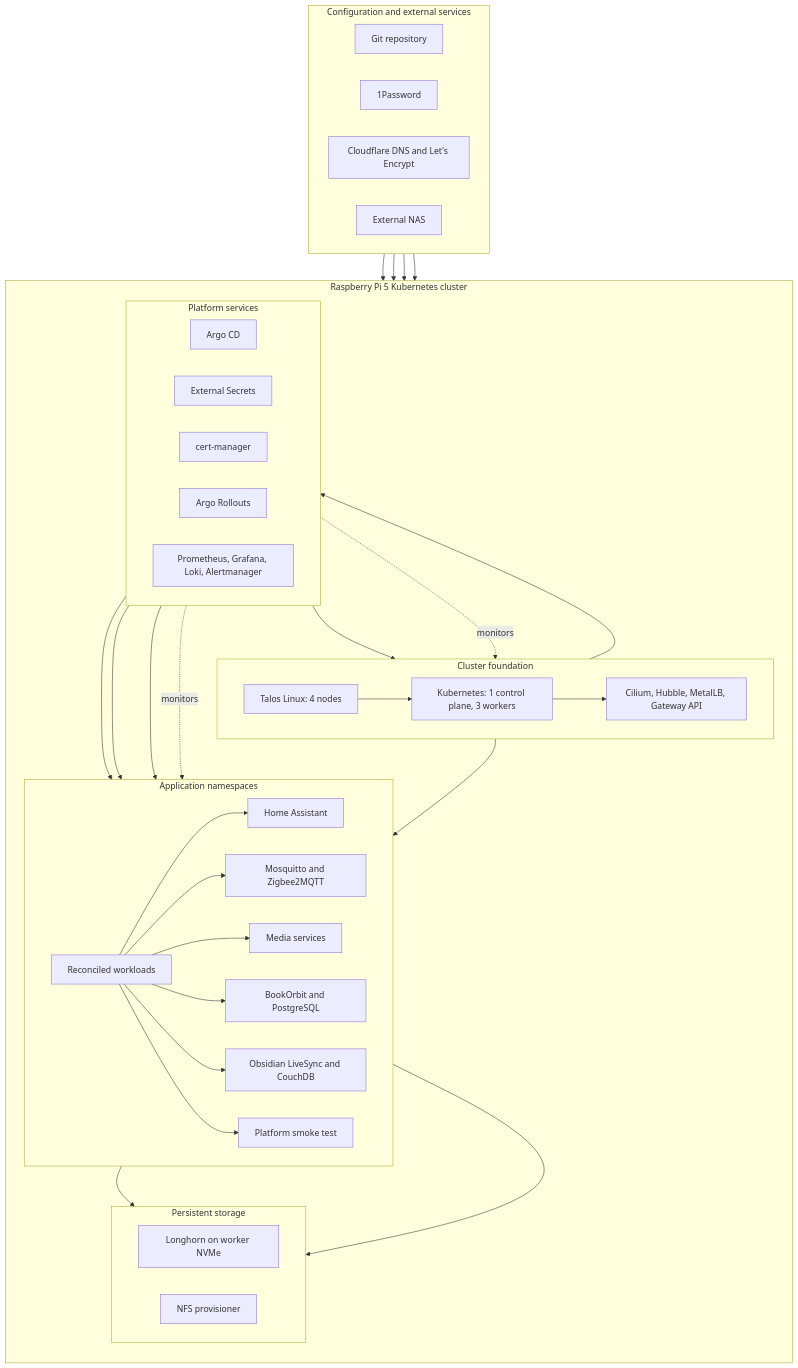
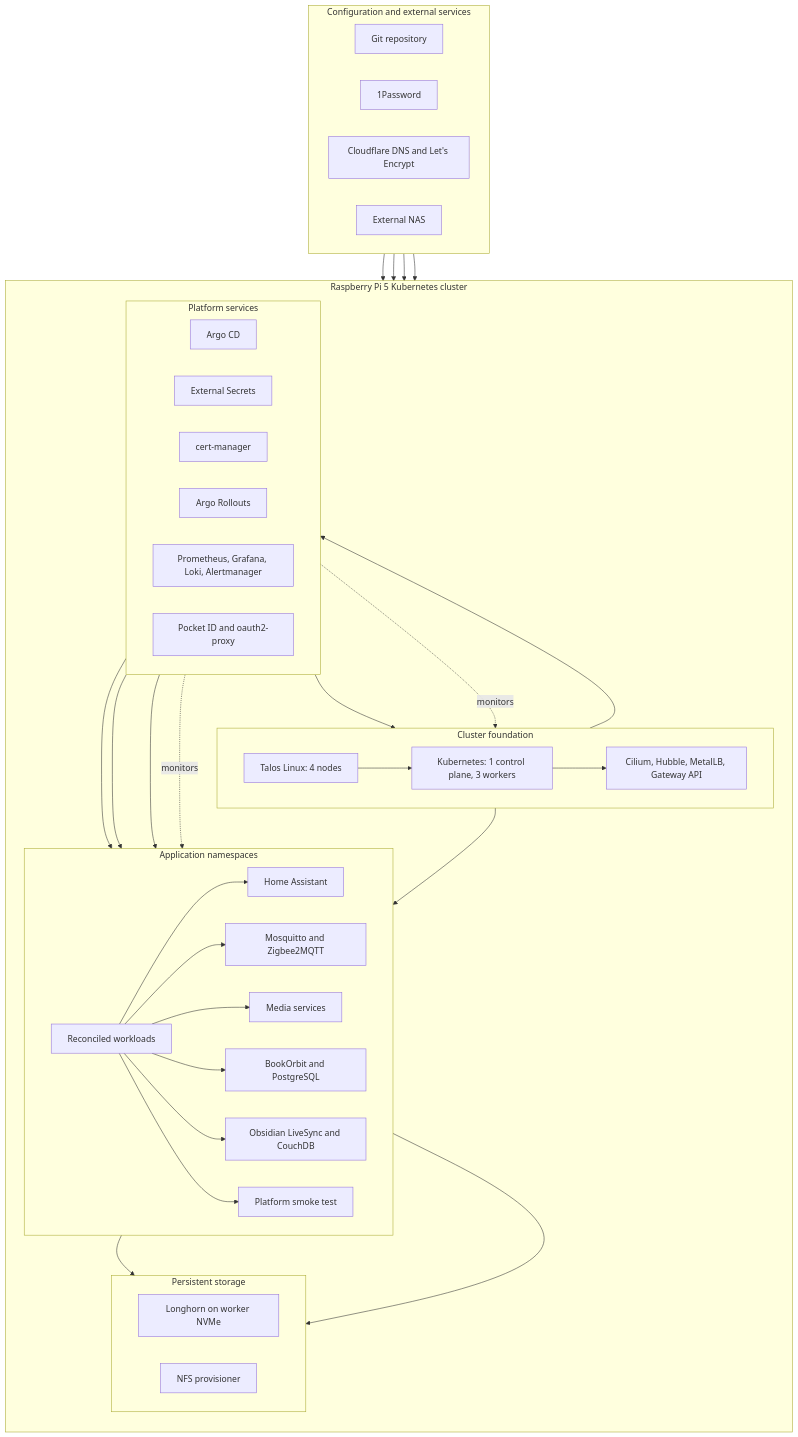
One commit to Alphaegen/talos-kubernetes-homelab changed the diagram in README.md. Above: the diagram before and after it, drawn with Mermaid. The commit also changed other lines of this file, not shown here.

````diff
--- a/README.md
+++ b/README.md
@@ -31,70 +32,71 @@
 ```mermaid
 flowchart TB
     subgraph external["Configuration and external services"]
         direction LR
         git["Git repository"]
         onepassword["1Password"]
         publicdns["Cloudflare DNS and Let's Encrypt"]
         nas["External NAS"]
     end
 
     subgraph cluster["Raspberry Pi 5 Kubernetes cluster"]
         direction TB
 
         subgraph foundation["Cluster foundation"]
             direction LR
             talos["Talos Linux: 4 nodes"]
             kubernetes["Kubernetes: 1 control plane, 3 workers"]
             networking["Cilium, Hubble, MetalLB, Gateway API"]
             talos --> kubernetes --> networking
         end
 
         subgraph platform["Platform services"]
             direction LR
             argocd["Argo CD"]
             eso["External Secrets"]
             certificates["cert-manager"]
             rollouts["Argo Rollouts"]
             observability["Prometheus, Grafana, Loki, Alertmanager"]
+            identity["Pocket ID and oauth2-proxy"]
         end
 
         subgraph applications["Application namespaces"]
             direction LR
             appentry["Reconciled workloads"]
             homeassistant["Home Assistant"]
             automation["Mosquitto and Zigbee2MQTT"]
             media["Media services"]
             bookorbit["BookOrbit and PostgreSQL"]
             livesync["Obsidian LiveSync and CouchDB"]
             smoke["Platform smoke test"]
             appentry --> homeassistant
             appentry --> automation
             appentry --> media
             appentry --> bookorbit
             appentry --> livesync
             appentry --> smoke
         end
 
         subgraph storage["Persistent storage"]
             direction LR
             longhorn["Longhorn on worker NVMe"]
             nfs["NFS provisioner"]
         end
 
         kubernetes --> argocd
         networking --> appentry
         argocd --> appentry
         eso --> appentry
         certificates --> networking
         rollouts --> smoke
         observability -. monitors .-> kubernetes
         observability -. monitors .-> appentry
         appentry --> longhorn
         appentry --> nfs
     end
 
     git --> argocd
     onepassword --> eso
     publicdns --> certificates
     nas --> nfs
 ```
````
